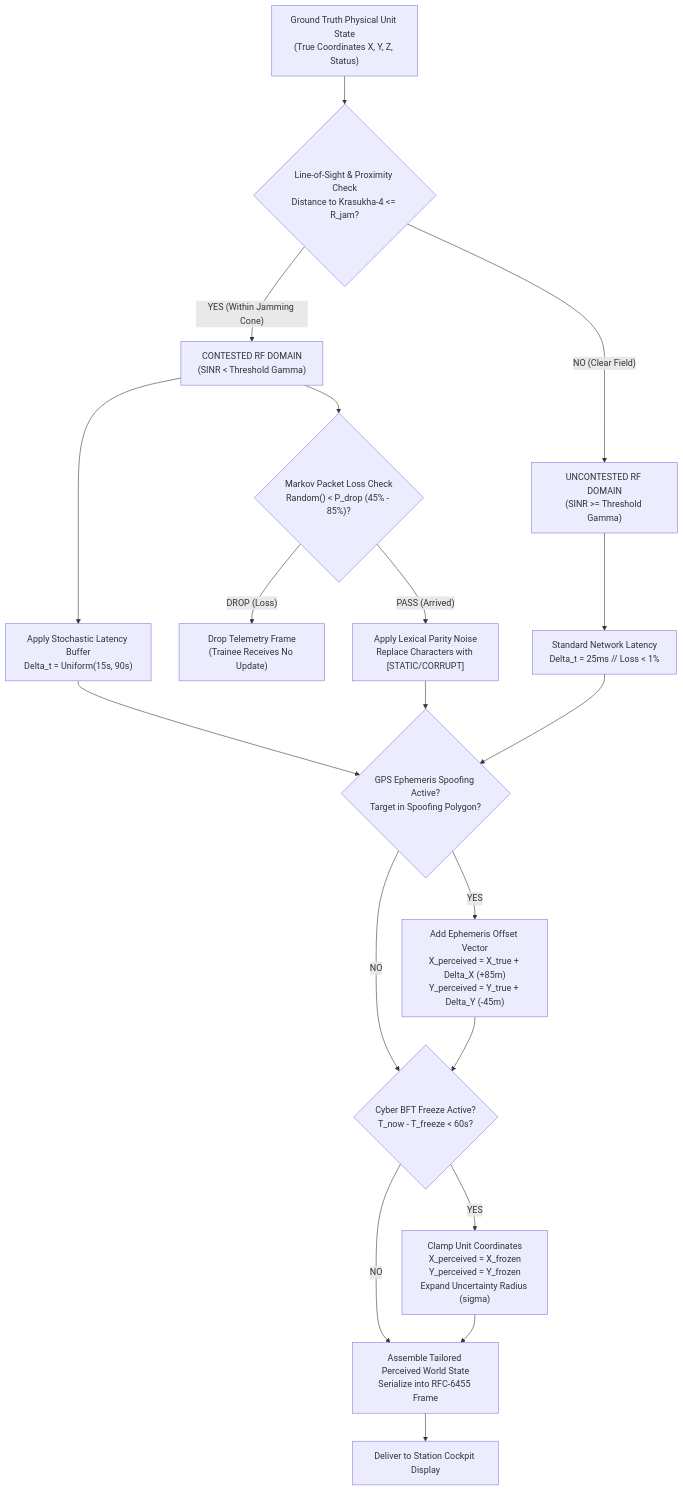
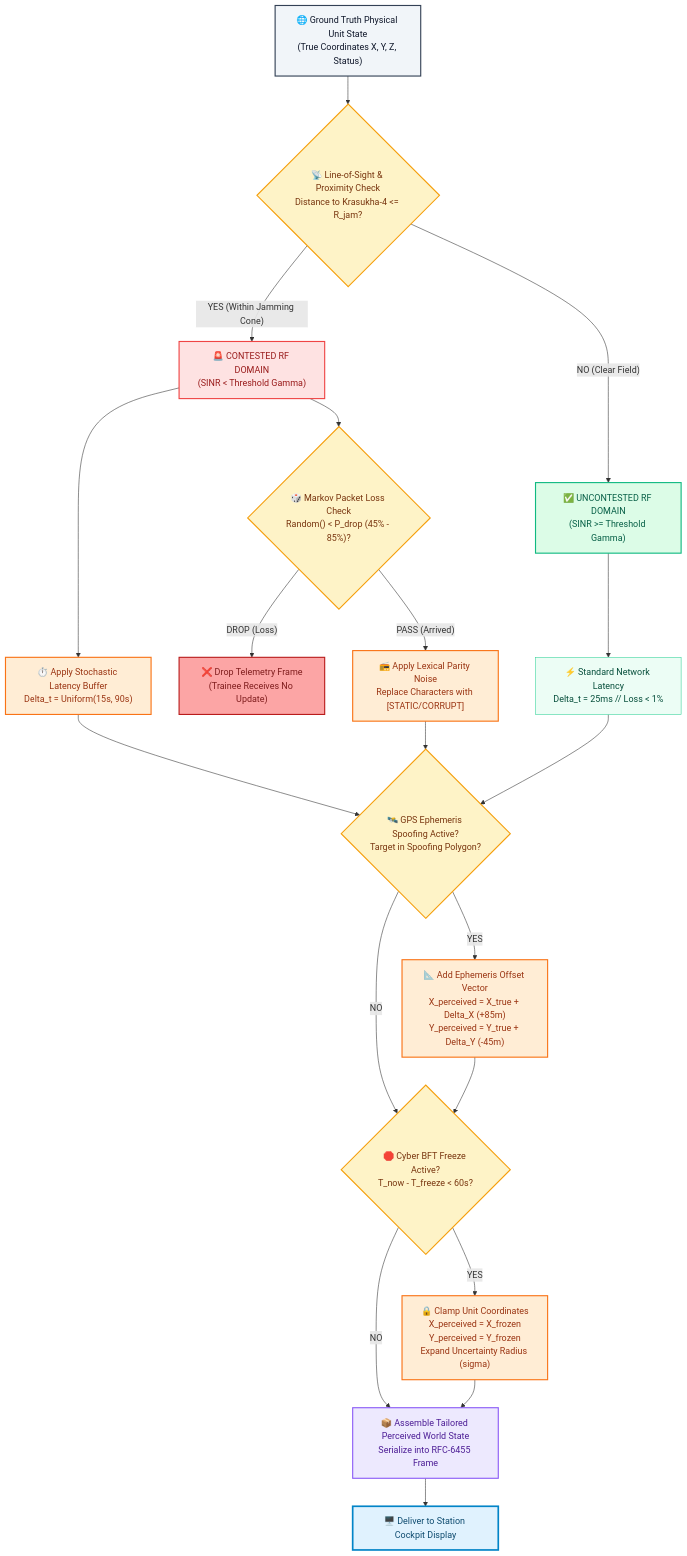
The third of 3 diagrams in README.md (Pratyush-Singh-007/SYNAPSE), drawn with Mermaid before and after one commit. The commit also changed other lines of this file, not shown here.

Commit message:
docs: Add vibrant color styling and phase highlights to architecture and workflow diagrams

````diff
--- a/README.md
+++ b/README.md
@@ -400,30 +424,40 @@
 ```mermaid
 flowchart TD
-    GT["Ground Truth Physical Unit State\n(True Coordinates X, Y, Z, Status)"] --> LOS_Check{"Line-of-Sight & Proximity Check\nDistance to Krasukha-4 <= R_jam?"}
+    GT["🌐 Ground Truth Physical Unit State\n(True Coordinates X, Y, Z, Status)"]:::slateNode --> LOS_Check{"📡 Line-of-Sight & Proximity Check\nDistance to Krasukha-4 <= R_jam?"}:::decisionNode
 
-    LOS_Check -- "YES (Within Jamming Cone)" --> JammedZone["CONTESTED RF DOMAIN\n(SINR < Threshold Gamma)"]
-    LOS_Check -- "NO (Clear Field)" --> ClearZone["UNCONTESTED RF DOMAIN\n(SINR >= Threshold Gamma)"]
+    LOS_Check -- "YES (Within Jamming Cone)" --> JammedZone["🚨 CONTESTED RF DOMAIN\n(SINR < Threshold Gamma)"]:::dangerNode
+    LOS_Check -- "NO (Clear Field)" --> ClearZone["✅ UNCONTESTED RF DOMAIN\n(SINR >= Threshold Gamma)"]:::safeNode
 
-    JammedZone --> LatencyCalc["Apply Stochastic Latency Buffer\nDelta_t = Uniform(15s, 90s)"]
-    JammedZone --> MarkovLoss{"Markov Packet Loss Check\nRandom() < P_drop (45% - 85%)?"}
+    JammedZone --> LatencyCalc["⏱️ Apply Stochastic Latency Buffer\nDelta_t = Uniform(15s, 90s)"]:::warnNode
+    JammedZone --> MarkovLoss{"🎲 Markov Packet Loss Check\nRandom() < P_drop (45% - 85%)?"}:::decisionNode
 
-    MarkovLoss -- "DROP (Loss)" --> PacketDropped["Drop Telemetry Frame\n(Trainee Receives No Update)"]
-    MarkovLoss -- "PASS (Arrived)" --> NoiseInject["Apply Lexical Parity Noise\nReplace Characters with [STATIC/CORRUPT]"]
+    MarkovLoss -- "DROP (Loss)" --> PacketDropped["❌ Drop Telemetry Frame\n(Trainee Receives No Update)"]:::dropNode
+    MarkovLoss -- "PASS (Arrived)" --> NoiseInject["📻 Apply Lexical Parity Noise\nReplace Characters with [STATIC/CORRUPT]"]:::warnNode
 
-    ClearZone --> NormalDelay["Standard Network Latency\nDelta_t = 25ms // Loss < 1%"]
+    ClearZone --> NormalDelay["⚡ Standard Network Latency\nDelta_t = 25ms // Loss < 1%"]:::softGreenNode
 
-    LatencyCalc --> GPSSpoofCheck{"GPS Ephemeris Spoofing Active?\nTarget in Spoofing Polygon?"}
+    LatencyCalc --> GPSSpoofCheck{"🛰️ GPS Ephemeris Spoofing Active?\nTarget in Spoofing Polygon?"}:::decisionNode
     NoiseInject --> GPSSpoofCheck
     NormalDelay --> GPSSpoofCheck
 
-    GPSSpoofCheck -- "YES" --> ApplyDrift["Add Ephemeris Offset Vector\nX_perceived = X_true + Delta_X (+85m)\nY_perceived = Y_true + Delta_Y (-45m)"]
-    GPSSpoofCheck -- "NO" --> CyberFreezeCheck{"Cyber BFT Freeze Active?\nT_now - T_freeze < 60s?"}
+    GPSSpoofCheck -- "YES" --> ApplyDrift["📐 Add Ephemeris Offset Vector\nX_perceived = X_true + Delta_X (+85m)\nY_perceived = Y_true + Delta_Y (-45m)"]:::warnNode
+    GPSSpoofCheck -- "NO" --> CyberFreezeCheck{"🛑 Cyber BFT Freeze Active?\nT_now - T_freeze < 60s?"}:::decisionNode
 
     ApplyDrift --> CyberFreezeCheck
 
-    CyberFreezeCheck -- "YES" --> ClampCoords["Clamp Unit Coordinates\nX_perceived = X_frozen\nY_perceived = Y_frozen\nExpand Uncertainty Radius (sigma)"]
-    CyberFreezeCheck -- "NO" --> FinalState["Assemble Tailored Perceived World State\nSerialize into RFC-6455 Frame"]
+    CyberFreezeCheck -- "YES" --> ClampCoords["🔒 Clamp Unit Coordinates\nX_perceived = X_frozen\nY_perceived = Y_frozen\nExpand Uncertainty Radius (sigma)"]:::warnNode
+    CyberFreezeCheck -- "NO" --> FinalState["📦 Assemble Tailored Perceived World State\nSerialize into RFC-6455 Frame"]:::purpleNode
 
     ClampCoords --> FinalState
-    FinalState --> TraineeStation["Deliver to Station Cockpit Display"]
+    FinalState --> TraineeStation["🖥️ Deliver to Station Cockpit Display"]:::cockpitNode
+
+    classDef slateNode fill:#f1f5f9,stroke:#334155,stroke-width:2px,color:#0f172a;
+    classDef decisionNode fill:#fef3c7,stroke:#f59e0b,stroke-width:2px,color:#78350f;
+    classDef dangerNode fill:#fee2e2,stroke:#ef4444,stroke-width:2px,color:#991b1b;
+    classDef safeNode fill:#dcfce7,stroke:#10b981,stroke-width:2px,color:#065f46;
+    classDef warnNode fill:#ffedd5,stroke:#f97316,stroke-width:2px,color:#9a3412;
+    classDef dropNode fill:#fca5a5,stroke:#b91c1c,stroke-width:2px,color:#7f1d1d;
+    classDef softGreenNode fill:#ecfdf5,stroke:#34d399,stroke-width:1px,color:#064e3b;
+    classDef purpleNode fill:#ede9fe,stroke:#8b5cf6,stroke-width:2px,color:#4c1d95;
+    classDef cockpitNode fill:#e0f2fe,stroke:#0284c7,stroke-width:3px,color:#0c4a6e;
 ```
````
